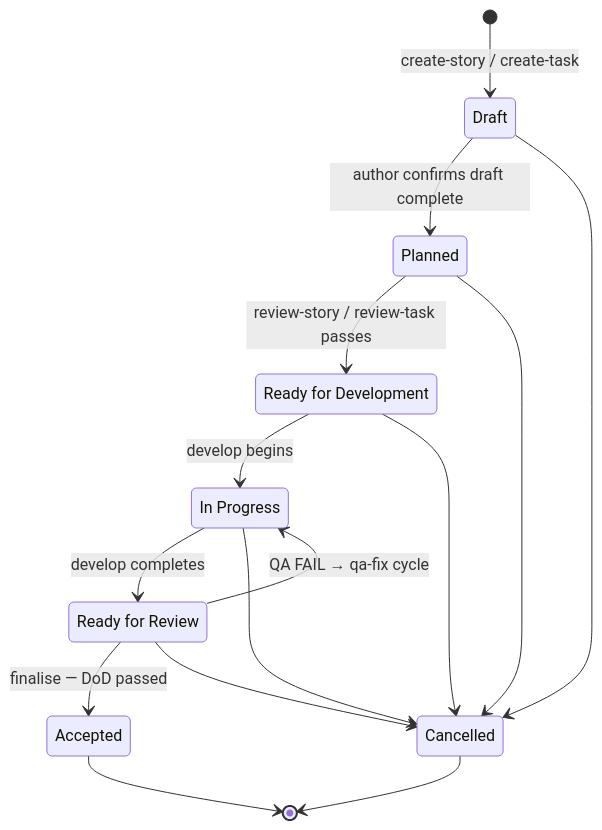
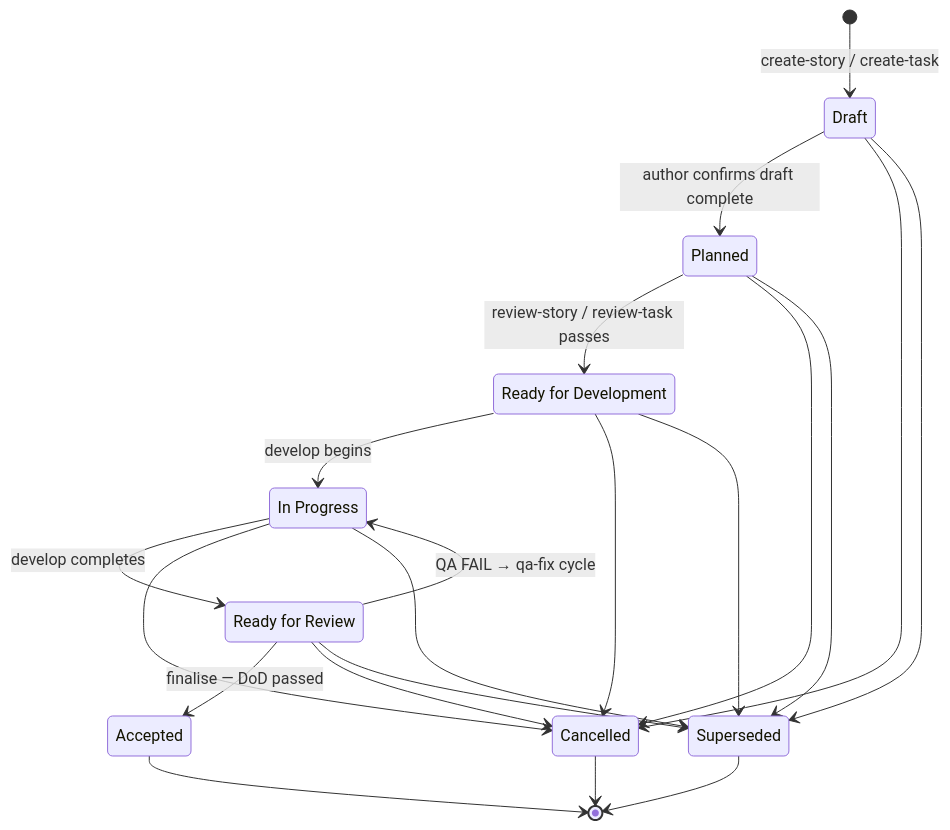
One commit to Gamaroff/agent-skills changed the diagram in shared/resources/document-status-lifecycle.md. Above: the diagram before and after it, drawn with Mermaid. The commit also changed other lines of this file and 20 other files, not shown here.

````diff
--- a/shared/resources/document-status-lifecycle.md
+++ b/shared/resources/document-status-lifecycle.md
@@ -26,24 +28,31 @@
 ```mermaid
 stateDiagram-v2
     [*] --> Draft : create-story / create-task
 
     Draft --> Planned : author confirms draft complete
     Planned --> ReadyForDevelopment : review-story / review-task passes
     ReadyForDevelopment --> InProgress : develop begins
     InProgress --> ReadyForReview : develop completes
     ReadyForReview --> InProgress : QA FAIL → qa-fix cycle
     ReadyForReview --> Accepted : finalise — DoD passed
 
     Draft --> Cancelled
     Planned --> Cancelled
     ReadyForDevelopment --> Cancelled
     InProgress --> Cancelled
     ReadyForReview --> Cancelled
 
+    Draft --> Superseded
+    Planned --> Superseded
+    ReadyForDevelopment --> Superseded
+    InProgress --> Superseded
+    ReadyForReview --> Superseded
+
     Accepted --> [*]
     Cancelled --> [*]
+    Superseded --> [*]
 
     ReadyForDevelopment : Ready for Development
     InProgress : In Progress
     ReadyForReview : Ready for Review
 ```
````
